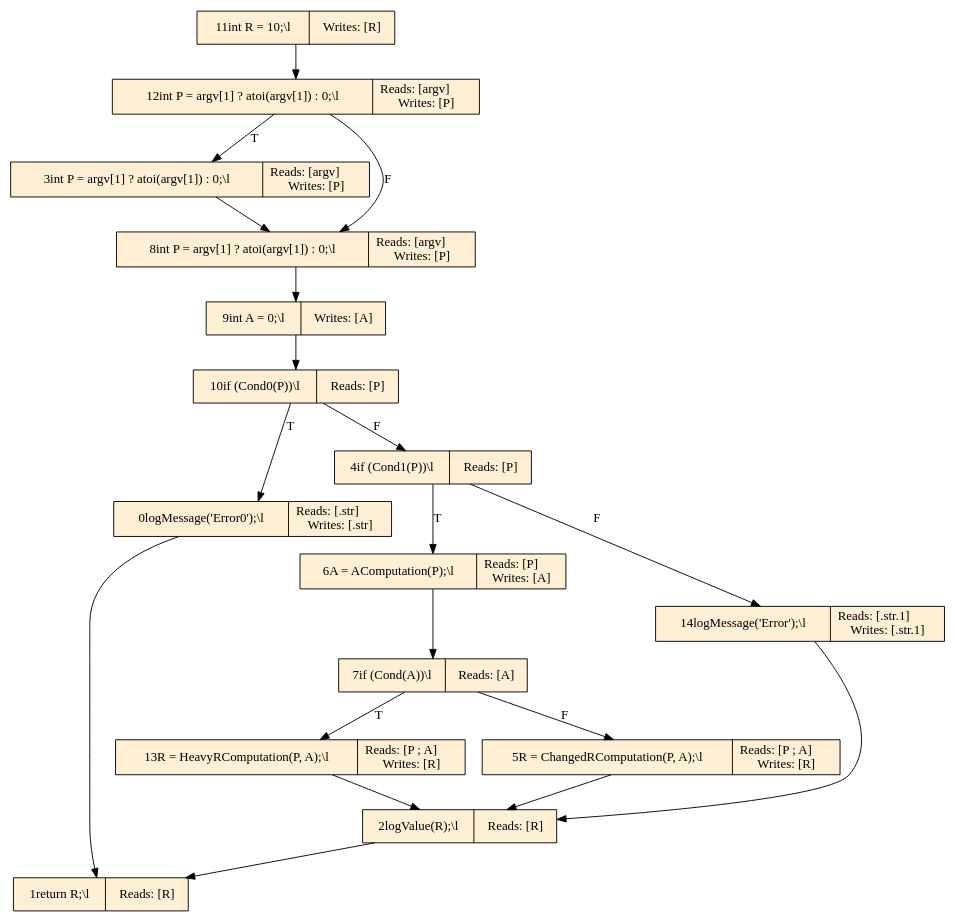
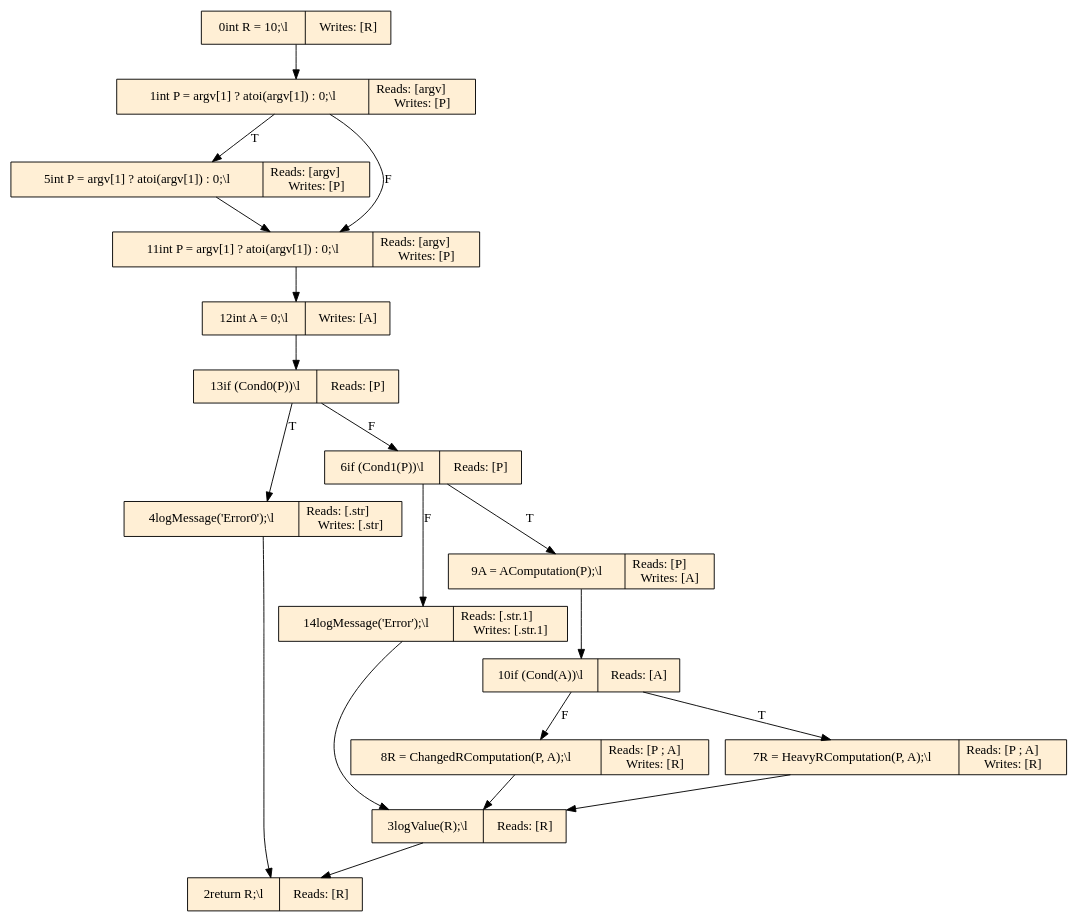
One commit to FelicitasGarcia/MimicryMonitor changed the diagram in exampleFiles/dots/llvm/PUA_llvmAnalyzed_DOT.dot. Above: the diagram before and after it, drawn with Graphviz. The commit also changed 32 other files, not shown here.

```diff
--- a/exampleFiles/dots/llvm/PUA_llvmAnalyzed_DOT.dot
+++ b/exampleFiles/dots/llvm/PUA_llvmAnalyzed_DOT.dot
@@ -1,35 +1,35 @@
 digraph LLVMOG {
-0 [shape = record, label="0logMessage('Error0');\\l | Reads: [.str] \l Writes: [.str]", style=filled, fillcolor="papayawhip"];
-1 [shape = record, label="1return R;\\l | Reads: [R]", style=filled, fillcolor="papayawhip"];
-13 [shape = record, label="13R = HeavyRComputation(P, A);\\l | Reads: [P ; A] \l Writes: [R]", style=filled, fillcolor="papayawhip"];
-11 [shape = record, label="11int R = 10;\\l | Writes: [R]", style=filled, fillcolor="papayawhip"];
-12 [shape = record, label="12int P = argv[1] ? atoi(argv[1]) : 0;\\l | Reads: [argv] \l Writes: [P]", style=filled, fillcolor="papayawhip"];
-4 [shape = record, label="4if (Cond1(P))\\l | Reads: [P]", style=filled, fillcolor="papayawhip"];
-3 [shape = record, label="3int P = argv[1] ? atoi(argv[1]) : 0;\\l | Reads: [argv] \l Writes: [P]", style=filled, fillcolor="papayawhip"];
-5 [shape = record, label="5R = ChangedRComputation(P, A);\\l | Reads: [P ; A] \l Writes: [R]", style=filled, fillcolor="papayawhip"];
-6 [shape = record, label="6A = AComputation(P);\\l | Reads: [P] \l Writes: [A]", style=filled, fillcolor="papayawhip"];
-2 [shape = record, label="2logValue(R);\\l | Reads: [R]", style=filled, fillcolor="papayawhip"];
-7 [shape = record, label="7if (Cond(A))\\l | Reads: [A]", style=filled, fillcolor="papayawhip"];
-8 [shape = record, label="8int P = argv[1] ? atoi(argv[1]) : 0;\\l | Reads: [argv] \l Writes: [P]", style=filled, fillcolor="papayawhip"];
+5 [shape = record, label="5int P = argv[1] ? atoi(argv[1]) : 0;\\l | Reads: [argv] \l Writes: [P]", style=filled, fillcolor="papayawhip"];
+2 [shape = record, label="2return R;\\l | Reads: [R]", style=filled, fillcolor="papayawhip"];
+4 [shape = record, label="4logMessage('Error0');\\l | Reads: [.str] \l Writes: [.str]", style=filled, fillcolor="papayawhip"];
+6 [shape = record, label="6if (Cond1(P))\\l | Reads: [P]", style=filled, fillcolor="papayawhip"];
+0 [shape = record, label="0int R = 10;\\l | Writes: [R]", style=filled, fillcolor="papayawhip"];
 14 [shape = record, label="14logMessage('Error');\\l | Reads: [.str.1] \l Writes: [.str.1]", style=filled, fillcolor="papayawhip"];
-9 [shape = record, label="9int A = 0;\\l | Writes: [A]", style=filled, fillcolor="papayawhip"];
-10 [shape = record, label="10if (Cond0(P))\\l | Reads: [P]", style=filled, fillcolor="papayawhip"];
-6 -> 7 [label="", id= 0];
-8 -> 9 [label="", id= 1];
-9 -> 10 [label="", id= 2];
-11 -> 12 [label="", id= 3];
-12 -> 3 [label="T", id= 4];
-12 -> 8 [label="F", id= 5];
-3 -> 8 [label="", id= 6];
-10 -> 0 [label="T", id= 7];
-10 -> 4 [label="F", id= 8];
-0 -> 1 [label="", id= 9];
-4 -> 6 [label="T", id= 10];
-4 -> 14 [label="F", id= 11];
-7 -> 13 [label="T", id= 12];
-7 -> 5 [label="F", id= 13];
-13 -> 2 [label="", id= 14];
-5 -> 2 [label="", id= 15];
-14 -> 2 [label="", id= 16];
-2 -> 1 [label="", id= 17];
+3 [shape = record, label="3logValue(R);\\l | Reads: [R]", style=filled, fillcolor="papayawhip"];
+1 [shape = record, label="1int P = argv[1] ? atoi(argv[1]) : 0;\\l | Reads: [argv] \l Writes: [P]", style=filled, fillcolor="papayawhip"];
+8 [shape = record, label="8R = ChangedRComputation(P, A);\\l | Reads: [P ; A] \l Writes: [R]", style=filled, fillcolor="papayawhip"];
+9 [shape = record, label="9A = AComputation(P);\\l | Reads: [P] \l Writes: [A]", style=filled, fillcolor="papayawhip"];
+10 [shape = record, label="10if (Cond(A))\\l | Reads: [A]", style=filled, fillcolor="papayawhip"];
+12 [shape = record, label="12int A = 0;\\l | Writes: [A]", style=filled, fillcolor="papayawhip"];
+7 [shape = record, label="7R = HeavyRComputation(P, A);\\l | Reads: [P ; A] \l Writes: [R]", style=filled, fillcolor="papayawhip"];
+11 [shape = record, label="11int P = argv[1] ? atoi(argv[1]) : 0;\\l | Reads: [argv] \l Writes: [P]", style=filled, fillcolor="papayawhip"];
+13 [shape = record, label="13if (Cond0(P))\\l | Reads: [P]", style=filled, fillcolor="papayawhip"];
+0 -> 1 [label="", id= 0];
+9 -> 10 [label="", id= 1];
+11 -> 12 [label="", id= 2];
+12 -> 13 [label="", id= 3];
+1 -> 5 [label="T", id= 4];
+1 -> 11 [label="F", id= 5];
+5 -> 11 [label="", id= 6];
+13 -> 4 [label="T", id= 7];
+13 -> 6 [label="F", id= 8];
+4 -> 2 [label="", id= 9];
+6 -> 9 [label="T", id= 10];
+6 -> 14 [label="F", id= 11];
+10 -> 7 [label="T", id= 12];
+10 -> 8 [label="F", id= 13];
+7 -> 3 [label="", id= 14];
+8 -> 3 [label="", id= 15];
+14 -> 3 [label="", id= 16];
+3 -> 2 [label="", id= 17];
 }
```
